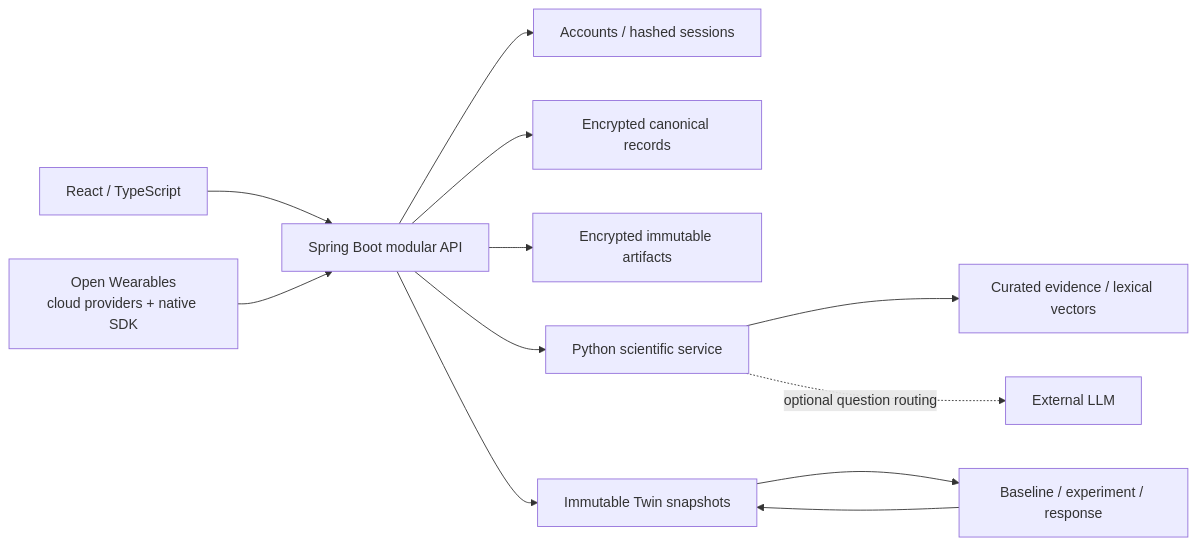
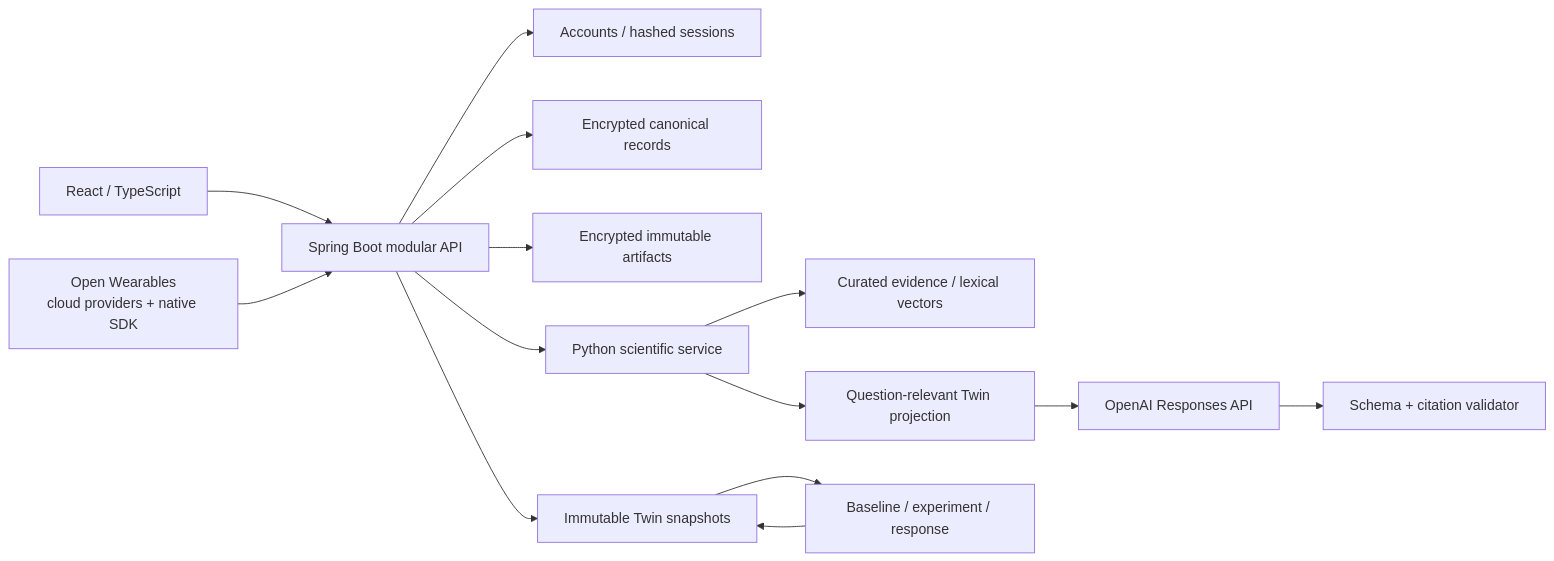
One commit to Adityahulk/aevum changed the diagram in docs/ARCHITECTURE.md. Above: the diagram before and after it, drawn with Mermaid. The commit also changed other lines of this file and 20 other files, not shown here.

Commit message:
Rebuild Ask Aevum as grounded LLM guide

````diff
--- a/docs/ARCHITECTURE.md
+++ b/docs/ARCHITECTURE.md
@@ -5,14 +5,16 @@
 ```mermaid
 flowchart LR
   Browser[React / TypeScript] --> Java[Spring Boot modular API]
   Java --> Identity[Accounts / hashed sessions]
   Java --> Records[Encrypted canonical records]
   Java --> Objects[Encrypted immutable artifacts]
   Java --> Python[Python scientific service]
   Python --> Corpus[Curated evidence / lexical vectors]
-  Python -. optional question routing .-> LLM[External LLM]
+  Python --> AskContext[Question-relevant Twin projection]
+  AskContext --> LLM[OpenAI Responses API]
+  LLM --> Validator[Schema + citation validator]
   Java --> Twin[Immutable Twin snapshots]
   Twin --> Experiment[Baseline / experiment / response]
   Experiment --> Twin
   Wearables[Open Wearables\ncloud providers + native SDK] --> Java
 ```
````
